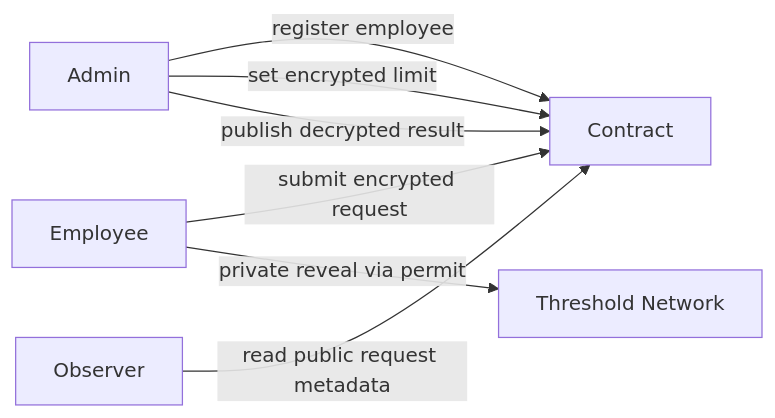
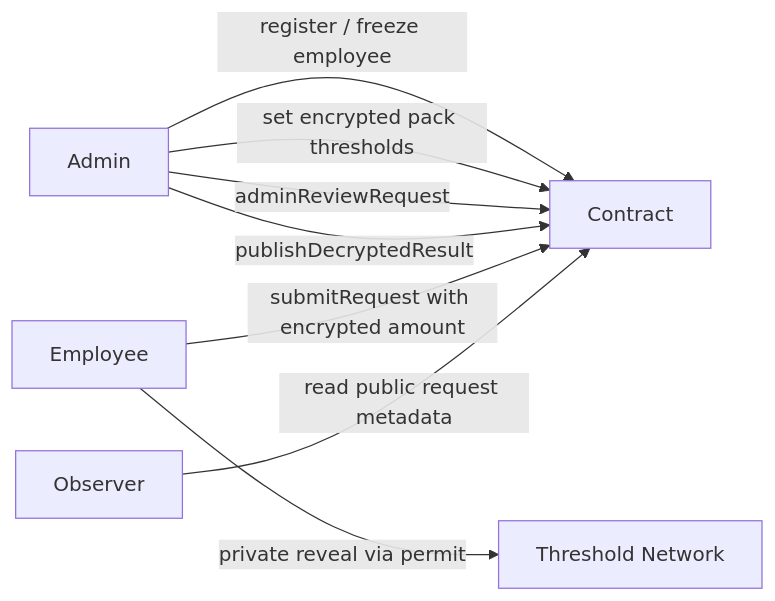
The third of 4 diagrams in README.md (Vinaystwt/ShieldCard), drawn with Mermaid before and after one commit. The commit also changed other lines of this file and 1 other file, not shown here.

Commit message:
docs: update README to ShieldCardPolicyEngine and fix contract address

````diff
--- a/README.md
+++ b/README.md
@@ -63,9 +65,10 @@
 ```mermaid
 flowchart LR
-    Admin -->|register employee| Contract
-    Admin -->|set encrypted limit| Contract
-    Employee -->|submit encrypted request| Contract
+    Admin -->|register / freeze employee| Contract
+    Admin -->|set encrypted pack thresholds| Contract
+    Admin -->|adminReviewRequest| Contract
+    Admin -->|publishDecryptedResult| Contract
+    Employee -->|submitRequest with encrypted amount| Contract
     Employee -->|private reveal via permit| Threshold[Threshold Network]
-    Admin -->|publish decrypted result| Contract
     Observer -->|read public request metadata| Contract
 ```
````
